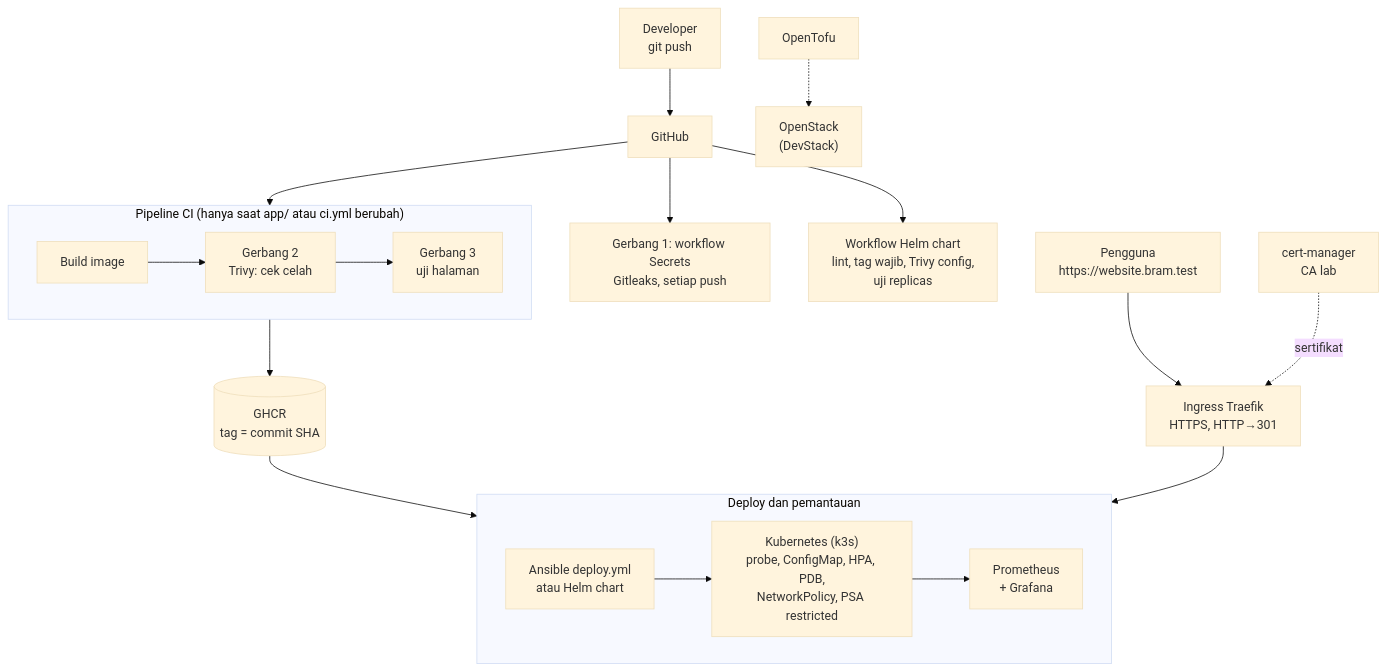
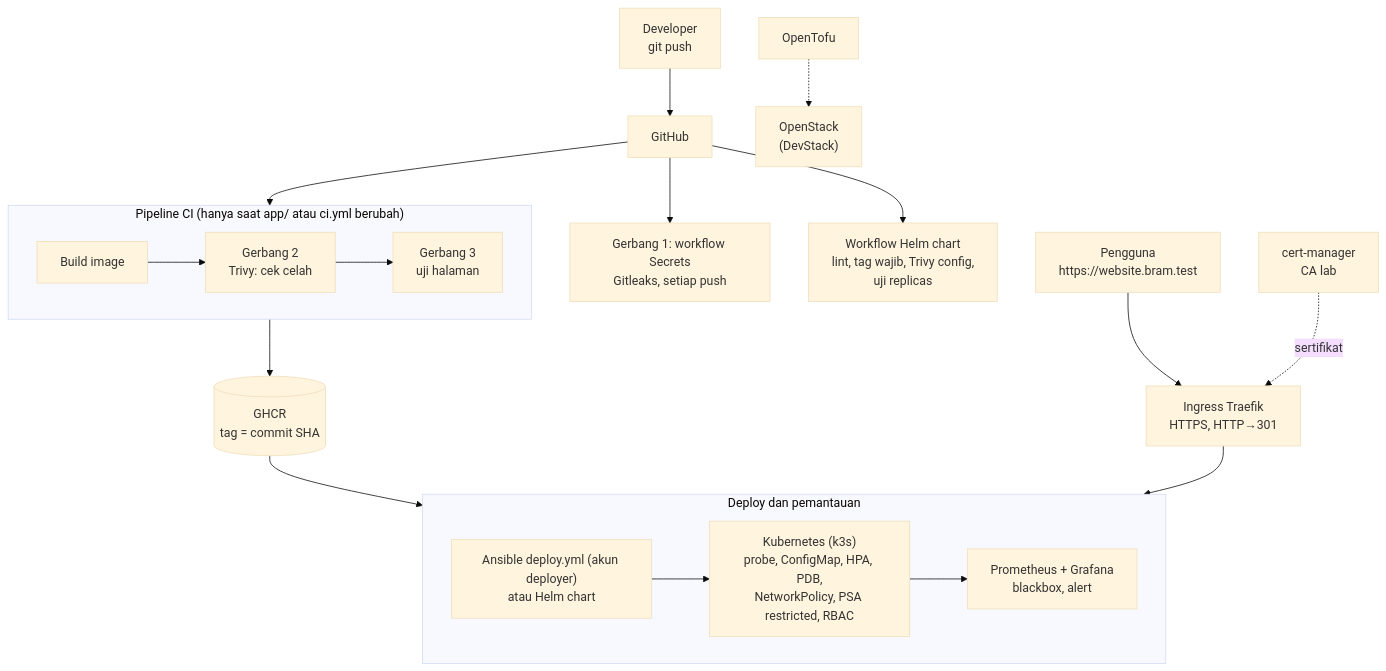
One commit to Bram-02/devops-website-bram changed the diagram in README.md. Above: the diagram before and after it, drawn with Mermaid (base theme). The commit also changed other lines of this file, not shown here.

Commit message:
README: RBAC deployer, token-deployer.yml, blackbox exporter dan alert

````diff
--- a/README.md
+++ b/README.md
@@ -17,27 +17,27 @@
 ```mermaid
 flowchart TB
     dev["Developer<br/>git push"] --> gh["GitHub"]
     gh --> g1["Gerbang 1: workflow Secrets<br/>Gitleaks, setiap push"]
     gh --> CI
     gh --> HC["Workflow Helm chart<br/>lint, tag wajib, Trivy config,<br/>uji replicas"]
 
     subgraph CI["Pipeline CI (hanya saat app/ atau ci.yml berubah)"]
         direction LR
         b["Build image"] --> g2["Gerbang 2<br/>Trivy: cek celah"]
         g2 --> g3["Gerbang 3<br/>uji halaman"]
     end
 
     CI --> reg[("GHCR<br/>tag = commit SHA")]
 
     subgraph CD["Deploy dan pemantauan"]
         direction LR
-        ans["Ansible deploy.yml<br/>atau Helm chart"] --> k3s["Kubernetes (k3s)<br/>probe, ConfigMap, HPA, PDB,<br/>NetworkPolicy, PSA restricted"]
-        k3s --> mon["Prometheus<br/>+ Grafana"]
+        ans["Ansible deploy.yml (akun deployer)<br/>atau Helm chart"] --> k3s["Kubernetes (k3s)<br/>probe, ConfigMap, HPA, PDB,<br/>NetworkPolicy, PSA restricted, RBAC"]
+        k3s --> mon["Prometheus + Grafana<br/>blackbox, alert"]
     end
 
     reg --> ans
     user["Pengguna<br/>https://website.bram.test"] --> ing["Ingress Traefik<br/>HTTPS, HTTP→301"]
     ing --> k3s
     cm["cert-manager<br/>CA lab"] -.sertifikat.-> ing
     tofu["OpenTofu"] -.-> os["OpenStack<br/>(DevStack)"]
 ```
````
